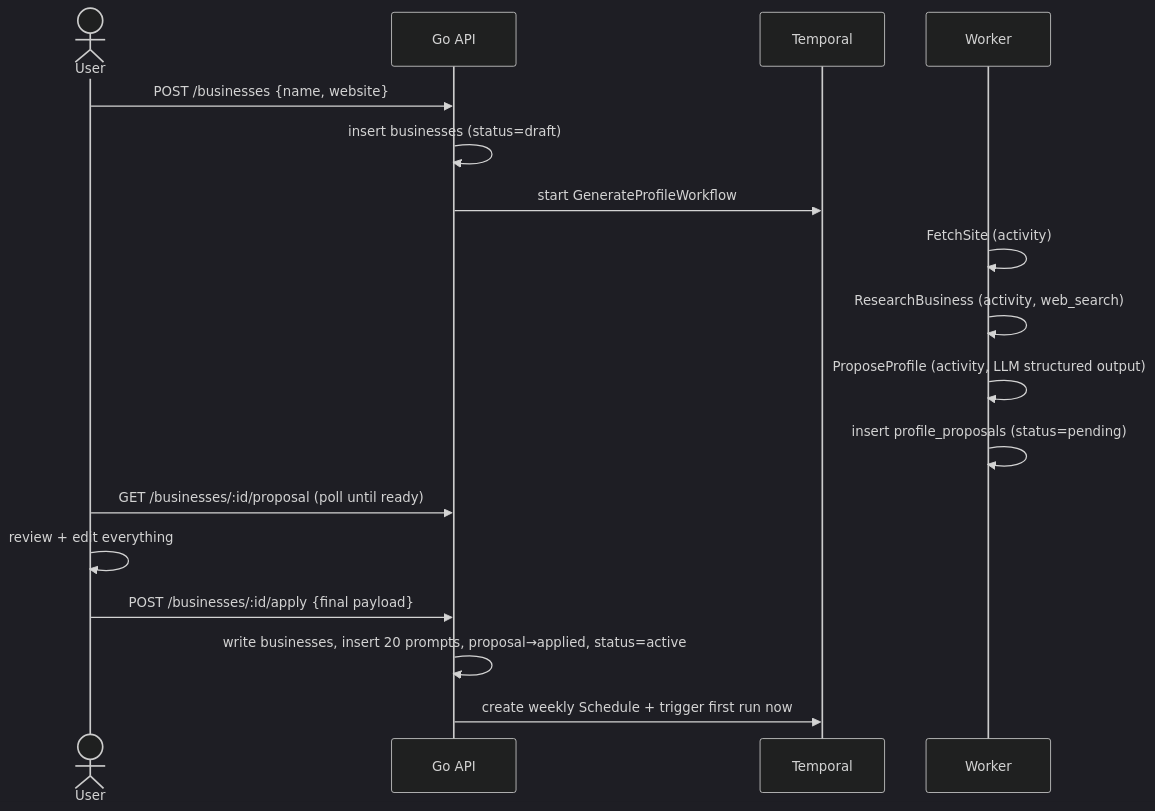
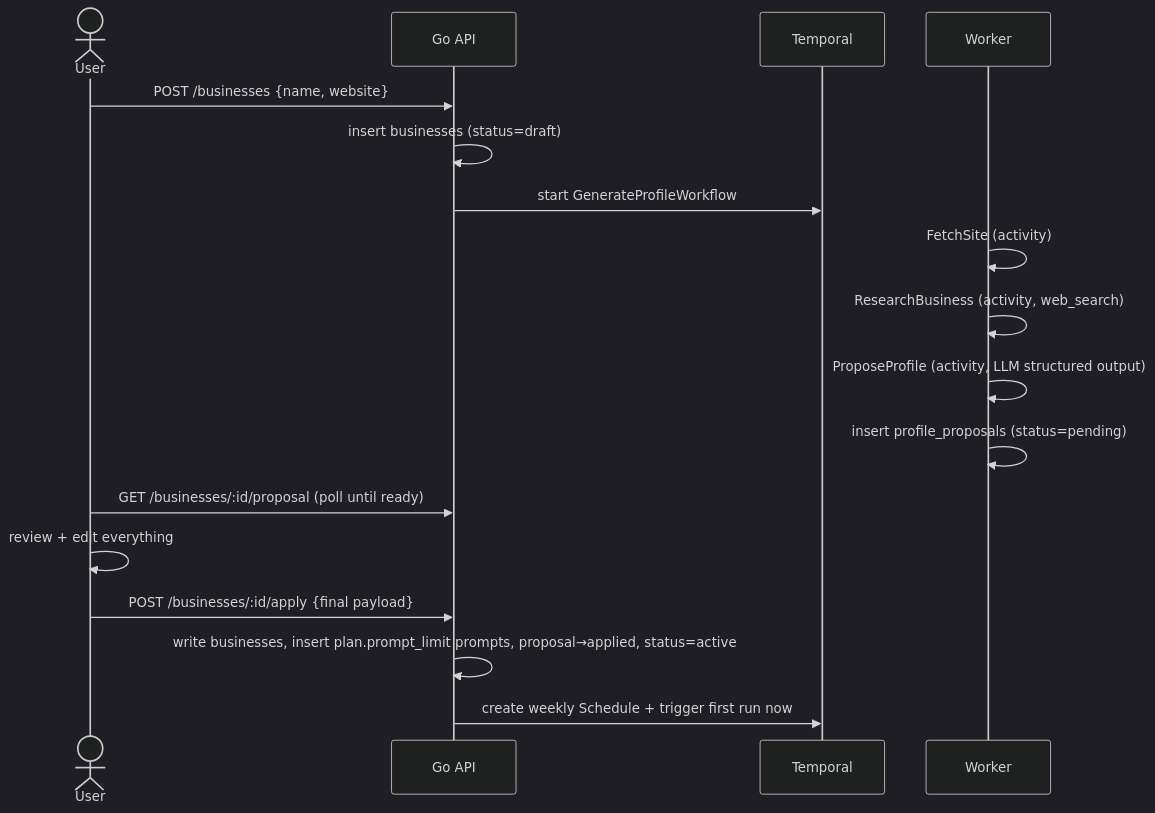
The diagram in docs/design/03-onboarding.md (tanjoshua/opensight), drawn with Mermaid (dark theme) before and after one commit. The commit also changed other lines of this file and 8 other files, not shown here.

````diff
--- a/docs/design/03-onboarding.md
+++ b/docs/design/03-onboarding.md
@@ -7,19 +7,19 @@
 ```mermaid
 sequenceDiagram
     actor U as User
     participant API as Go API
     participant T as Temporal
     participant W as Worker
     U->>API: POST /businesses {name, website}
     API->>API: insert businesses (status=draft)
     API->>T: start GenerateProfileWorkflow
     W->>W: FetchSite (activity)
     W->>W: ResearchBusiness (activity, web_search)
     W->>W: ProposeProfile (activity, LLM structured output)
     W->>W: insert profile_proposals (status=pending)
     U->>API: GET /businesses/:id/proposal (poll until ready)
     U->>U: review + edit everything
     U->>API: POST /businesses/:id/apply {final payload}
-    API->>API: write businesses, insert 20 prompts, proposal→applied, status=active
+    API->>API: write businesses, insert plan.prompt_limit prompts, proposal→applied, status=active
     API->>T: create weekly Schedule + trigger first run now
 ```
````
